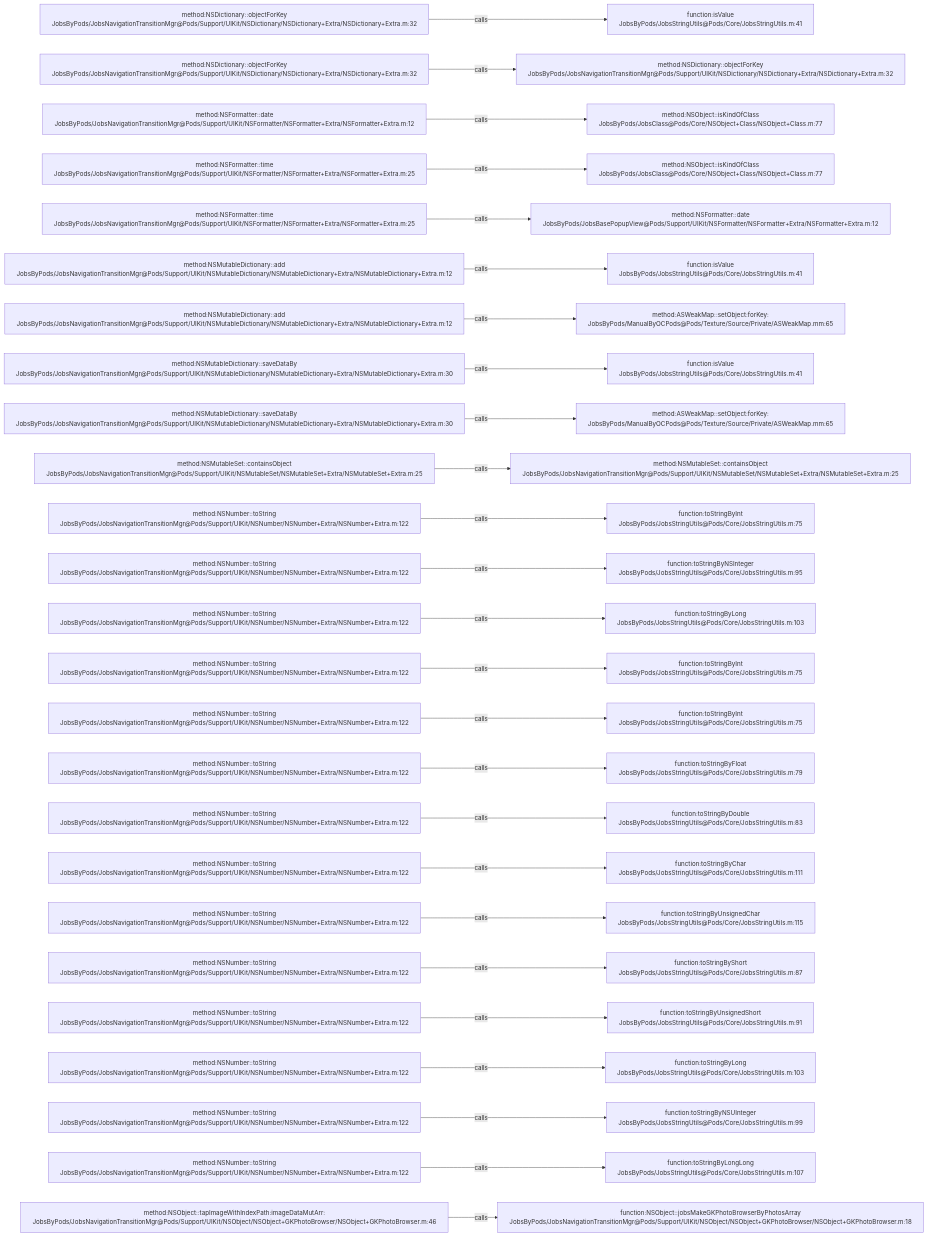
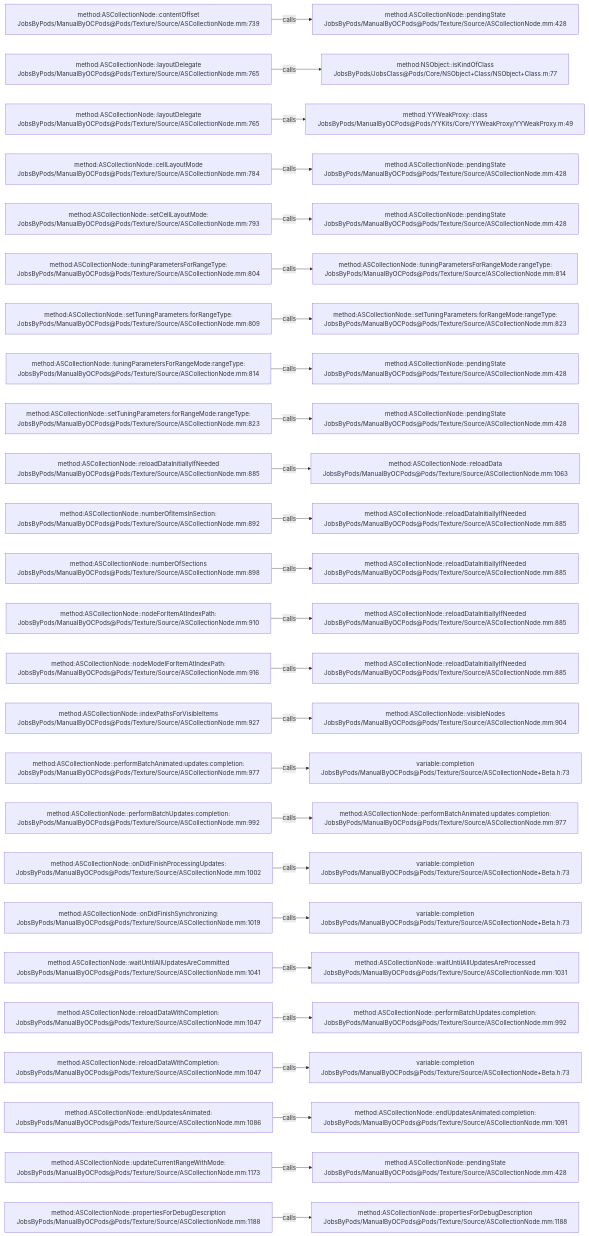
The diagram in .codegraph/codegraph.md/graphs/calls-086.md (JobsKits/JobsOCBaseConfigDemo), drawn with Mermaid before and after one commit. The commit also changed 2162 other files, not shown here.

````diff
--- a/.codegraph/codegraph.md/graphs/calls-086.md
+++ b/.codegraph/codegraph.md/graphs/calls-086.md
@@ -13,78 +13,78 @@
 ```mermaid
 flowchart LR
-  S1["method:NSDictionary::objectForKey<br/>JobsByPods/JobsNavigationTransitionMgr@Pods/Support/UIKit/NSDictionary/NSDictionary+Extra/NSDictionary+Extra.m:32"]
-  T1["function:isValue<br/>JobsByPods/JobsStringUtils@Pods/Core/JobsStringUtils.m:41"]
+  S1["method:ASCollectionNode::contentOffset<br/>JobsByPods/ManualByOCPods@Pods/Texture/Source/ASCollectionNode.mm:739"]
+  T1["method:ASCollectionNode::pendingState<br/>JobsByPods/ManualByOCPods@Pods/Texture/Source/ASCollectionNode.mm:428"]
   S1 -->|calls| T1
-  S2["method:NSDictionary::objectForKey<br/>JobsByPods/JobsNavigationTransitionMgr@Pods/Support/UIKit/NSDictionary/NSDictionary+Extra/NSDictionary+Extra.m:32"]
-  T2["method:NSDictionary::objectForKey<br/>JobsByPods/JobsNavigationTransitionMgr@Pods/Support/UIKit/NSDictionary/NSDictionary+Extra/NSDictionary+Extra.m:32"]
+  S2["method:ASCollectionNode::layoutDelegate<br/>JobsByPods/ManualByOCPods@Pods/Texture/Source/ASCollectionNode.mm:765"]
+  T2["method:NSObject::isKindOfClass<br/>JobsByPods/JobsClass@Pods/Core/NSObject+Class/NSObject+Class.m:77"]
   S2 -->|calls| T2
-  S3["method:NSFormatter::date<br/>JobsByPods/JobsNavigationTransitionMgr@Pods/Support/UIKit/NSFormatter/NSFormatter+Extra/NSFormatter+Extra.m:12"]
-  T3["method:NSObject::isKindOfClass<br/>JobsByPods/JobsClass@Pods/Core/NSObject+Class/NSObject+Class.m:77"]
+  S3["method:ASCollectionNode::layoutDelegate<br/>JobsByPods/ManualByOCPods@Pods/Texture/Source/ASCollectionNode.mm:765"]
+  T3["method:YYWeakProxy::class<br/>JobsByPods/ManualByOCPods@Pods/YYKits/Core/YYWeakProxy/YYWeakProxy.m:49"]
   S3 -->|calls| T3
-  S4["method:NSFormatter::time<br/>JobsByPods/JobsNavigationTransitionMgr@Pods/Support/UIKit/NSFormatter/NSFormatter+Extra/NSFormatter+Extra.m:25"]
-  T4["method:NSObject::isKindOfClass<br/>JobsByPods/JobsClass@Pods/Core/NSObject+Class/NSObject+Class.m:77"]
+  S4["method:ASCollectionNode::cellLayoutMode<br/>JobsByPods/ManualByOCPods@Pods/Texture/Source/ASCollectionNode.mm:784"]
+  T4["method:ASCollectionNode::pendingState<br/>JobsByPods/ManualByOCPods@Pods/Texture/Source/ASCollectionNode.mm:428"]
   S4 -->|calls| T4
-  S5["method:NSFormatter::time<br/>JobsByPods/JobsNavigationTransitionMgr@Pods/Support/UIKit/NSFormatter/NSFormatter+Extra/NSFormatter+Extra.m:25"]
-  T5["method:NSFormatter::date<br/>JobsByPods/JobsBasePopupView@Pods/Support/UIKit/NSFormatter/NSFormatter+Extra/NSFormatter+Extra.m:12"]
+  S5["method:ASCollectionNode::setCellLayoutMode:<br/>JobsByPods/ManualByOCPods@Pods/Texture/Source/ASCollectionNode.mm:793"]
+  T5["method:ASCollectionNode::pendingState<br/>JobsByPods/ManualByOCPods@Pods/Texture/Source/ASCollectionNode.mm:428"]
   S5 -->|calls| T5
-  S6["method:NSMutableDictionary::add<br/>JobsByPods/JobsNavigationTransitionMgr@Pods/Support/UIKit/NSMutableDictionary/NSMutableDictionary+Extra/NSMutableDictionary+Extra.m:12"]
-  T6["function:isValue<br/>JobsByPods/JobsStringUtils@Pods/Core/JobsStringUtils.m:41"]
+  S6["method:ASCollectionNode::tuningParametersForRangeType:<br/>JobsByPods/ManualByOCPods@Pods/Texture/Source/ASCollectionNode.mm:804"]
+  T6["method:ASCollectionNode::tuningParametersForRangeMode:rangeType:<br/>JobsByPods/ManualByOCPods@Pods/Texture/Source/ASCollectionNode.mm:814"]
   S6 -->|calls| T6
-  S7["method:NSMutableDictionary::add<br/>JobsByPods/JobsNavigationTransitionMgr@Pods/Support/UIKit/NSMutableDictionary/NSMutableDictionary+Extra/NSMutableDictionary+Extra.m:12"]
-  T7["method:ASWeakMap::setObject:forKey:<br/>JobsByPods/ManualByOCPods@Pods/Texture/Source/Private/ASWeakMap.mm:65"]
+  S7["method:ASCollectionNode::setTuningParameters:forRangeType:<br/>JobsByPods/ManualByOCPods@Pods/Texture/Source/ASCollectionNode.mm:809"]
+  T7["method:ASCollectionNode::setTuningParameters:forRangeMode:rangeType:<br/>JobsByPods/ManualByOCPods@Pods/Texture/Source/ASCollectionNode.mm:823"]
   S7 -->|calls| T7
-  S8["method:NSMutableDictionary::saveDataBy<br/>JobsByPods/JobsNavigationTransitionMgr@Pods/Support/UIKit/NSMutableDictionary/NSMutableDictionary+Extra/NSMutableDictionary+Extra.m:30"]
-  T8["function:isValue<br/>JobsByPods/JobsStringUtils@Pods/Core/JobsStringUtils.m:41"]
+  S8["method:ASCollectionNode::tuningParametersForRangeMode:rangeType:<br/>JobsByPods/ManualByOCPods@Pods/Texture/Source/ASCollectionNode.mm:814"]
+  T8["method:ASCollectionNode::pendingState<br/>JobsByPods/ManualByOCPods@Pods/Texture/Source/ASCollectionNode.mm:428"]
   S8 -->|calls| T8
-  S9["method:NSMutableDictionary::saveDataBy<br/>JobsByPods/JobsNavigationTransitionMgr@Pods/Support/UIKit/NSMutableDictionary/NSMutableDictionary+Extra/NSMutableDictionary+Extra.m:30"]
-  T9["method:ASWeakMap::setObject:forKey:<br/>JobsByPods/ManualByOCPods@Pods/Texture/Source/Private/ASWeakMap.mm:65"]
+  S9["method:ASCollectionNode::setTuningParameters:forRangeMode:rangeType:<br/>JobsByPods/ManualByOCPods@Pods/Texture/Source/ASCollectionNode.mm:823"]
+  T9["method:ASCollectionNode::pendingState<br/>JobsByPods/ManualByOCPods@Pods/Texture/Source/ASCollectionNode.mm:428"]
   S9 -->|calls| T9
-  S10["method:NSMutableSet::containsObject<br/>JobsByPods/JobsNavigationTransitionMgr@Pods/Support/UIKit/NSMutableSet/NSMutableSet+Extra/NSMutableSet+Extra.m:25"]
-  T10["method:NSMutableSet::containsObject<br/>JobsByPods/JobsNavigationTransitionMgr@Pods/Support/UIKit/NSMutableSet/NSMutableSet+Extra/NSMutableSet+Extra.m:25"]
+  S10["method:ASCollectionNode::reloadDataInitiallyIfNeeded<br/>JobsByPods/ManualByOCPods@Pods/Texture/Source/ASCollectionNode.mm:885"]
+  T10["method:ASCollectionNode::reloadData<br/>JobsByPods/ManualByOCPods@Pods/Texture/Source/ASCollectionNode.mm:1063"]
   S10 -->|calls| T10
-  S11["method:NSNumber::toString<br/>JobsByPods/JobsNavigationTransitionMgr@Pods/Support/UIKit/NSNumber/NSNumber+Extra/NSNumber+Extra.m:122"]
-  T11["function:toStringByInt<br/>JobsByPods/JobsStringUtils@Pods/Core/JobsStringUtils.m:75"]
+  S11["method:ASCollectionNode::numberOfItemsInSection:<br/>JobsByPods/ManualByOCPods@Pods/Texture/Source/ASCollectionNode.mm:892"]
+  T11["method:ASCollectionNode::reloadDataInitiallyIfNeeded<br/>JobsByPods/ManualByOCPods@Pods/Texture/Source/ASCollectionNode.mm:885"]
   S11 -->|calls| T11
-  S12["method:NSNumber::toString<br/>JobsByPods/JobsNavigationTransitionMgr@Pods/Support/UIKit/NSNumber/NSNumber+Extra/NSNumber+Extra.m:122"]
-  T12["function:toStringByNSInteger<br/>JobsByPods/JobsStringUtils@Pods/Core/JobsStringUtils.m:95"]
+  S12["method:ASCollectionNode::numberOfSections<br/>JobsByPods/ManualByOCPods@Pods/Texture/Source/ASCollectionNode.mm:898"]
+  T12["method:ASCollectionNode::reloadDataInitiallyIfNeeded<br/>JobsByPods/ManualByOCPods@Pods/Texture/Source/ASCollectionNode.mm:885"]
   S12 -->|calls| T12
-  S13["method:NSNumber::toString<br/>JobsByPods/JobsNavigationTransitionMgr@Pods/Support/UIKit/NSNumber/NSNumber+Extra/NSNumber+Extra.m:122"]
-  T13["function:toStringByLong<br/>JobsByPods/JobsStringUtils@Pods/Core/JobsStringUtils.m:103"]
+  S13["method:ASCollectionNode::nodeForItemAtIndexPath:<br/>JobsByPods/ManualByOCPods@Pods/Texture/Source/ASCollectionNode.mm:910"]
+  T13["method:ASCollectionNode::reloadDataInitiallyIfNeeded<br/>JobsByPods/ManualByOCPods@Pods/Texture/Source/ASCollectionNode.mm:885"]
   S13 -->|calls| T13
-  S14["method:NSNumber::toString<br/>JobsByPods/JobsNavigationTransitionMgr@Pods/Support/UIKit/NSNumber/NSNumber+Extra/NSNumber+Extra.m:122"]
-  T14["function:toStringByInt<br/>JobsByPods/JobsStringUtils@Pods/Core/JobsStringUtils.m:75"]
+  S14["method:ASCollectionNode::nodeModelForItemAtIndexPath:<br/>JobsByPods/ManualByOCPods@Pods/Texture/Source/ASCollectionNode.mm:916"]
+  T14["method:ASCollectionNode::reloadDataInitiallyIfNeeded<br/>JobsByPods/ManualByOCPods@Pods/Texture/Source/ASCollectionNode.mm:885"]
   S14 -->|calls| T14
-  S15["method:NSNumber::toString<br/>JobsByPods/JobsNavigationTransitionMgr@Pods/Support/UIKit/NSNumber/NSNumber+Extra/NSNumber+Extra.m:122"]
-  T15["function:toStringByInt<br/>JobsByPods/JobsStringUtils@Pods/Core/JobsStringUtils.m:75"]
+  S15["method:ASCollectionNode::indexPathsForVisibleItems<br/>JobsByPods/ManualByOCPods@Pods/Texture/Source/ASCollectionNode.mm:927"]
+  T15["method:ASCollectionNode::visibleNodes<br/>JobsByPods/ManualByOCPods@Pods/Texture/Source/ASCollectionNode.mm:904"]
   S15 -->|calls| T15
-  S16["method:NSNumber::toString<br/>JobsByPods/JobsNavigationTransitionMgr@Pods/Support/UIKit/NSNumber/NSNumber+Extra/NSNumber+Extra.m:122"]
-  T16["function:toStringByFloat<br/>JobsByPods/JobsStringUtils@Pods/Core/JobsStringUtils.m:79"]
+  S16["method:ASCollectionNode::performBatchAnimated:updates:completion:<br/>JobsByPods/ManualByOCPods@Pods/Texture/Source/ASCollectionNode.mm:977"]
+  T16["variable:completion<br/>JobsByPods/ManualByOCPods@Pods/Texture/Source/ASCollectionNode+Beta.h:73"]
   S16 -->|calls| T16
-  S17["method:NSNumber::toString<br/>JobsByPods/JobsNavigationTransitionMgr@Pods/Support/UIKit/NSNumber/NSNumber+Extra/NSNumber+Extra.m:122"]
-  T17["function:toStringByDouble<br/>JobsByPods/JobsStringUtils@Pods/Core/JobsStringUtils.m:83"]
+  S17["method:ASCollectionNode::performBatchUpdates:completion:<br/>JobsByPods/ManualByOCPods@Pods/Texture/Source/ASCollectionNode.mm:992"]
+  T17["method:ASCollectionNode::performBatchAnimated:updates:completion:<br/>JobsByPods/ManualByOCPods@Pods/Texture/Source/ASCollectionNode.mm:977"]
   S17 -->|calls| T17
-  S18["method:NSNumber::toString<br/>JobsByPods/JobsNavigationTransitionMgr@Pods/Support/UIKit/NSNumber/NSNumber+Extra/NSNumber+Extra.m:122"]
-  T18["function:toStringByChar<br/>JobsByPods/JobsStringUtils@Pods/Core/JobsStringUtils.m:111"]
+  S18["method:ASCollectionNode::onDidFinishProcessingUpdates:<br/>JobsByPods/ManualByOCPods@Pods/Texture/Source/ASCollectionNode.mm:1002"]
+  T18["variable:completion<br/>JobsByPods/ManualByOCPods@Pods/Texture/Source/ASCollectionNode+Beta.h:73"]
   S18 -->|calls| T18
-  S19["method:NSNumber::toString<br/>JobsByPods/JobsNavigationTransitionMgr@Pods/Support/UIKit/NSNumber/NSNumber+Extra/NSNumber+Extra.m:122"]
-  T19["function:toStringByUnsignedChar<br/>JobsByPods/JobsStringUtils@Pods/Core/JobsStringUtils.m:115"]
+  S19["method:ASCollectionNode::onDidFinishSynchronizing:<br/>JobsByPods/ManualByOCPods@Pods/Texture/Source/ASCollectionNode.mm:1019"]
+  T19["variable:completion<br/>JobsByPods/ManualByOCPods@Pods/Texture/Source/ASCollectionNode+Beta.h:73"]
   S19 -->|calls| T19
-  S20["method:NSNumber::toString<br/>JobsByPods/JobsNavigationTransitionMgr@Pods/Support/UIKit/NSNumber/NSNumber+Extra/NSNumber+Extra.m:122"]
-  T20["function:toStringByShort<br/>JobsByPods/JobsStringUtils@Pods/Core/JobsStringUtils.m:87"]
+  S20["method:ASCollectionNode::waitUntilAllUpdatesAreCommitted<br/>JobsByPods/ManualByOCPods@Pods/Texture/Source/ASCollectionNode.mm:1041"]
+  T20["method:ASCollectionNode::waitUntilAllUpdatesAreProcessed<br/>JobsByPods/ManualByOCPods@Pods/Texture/Source/ASCollectionNode.mm:1031"]
   S20 -->|calls| T20
-  S21["method:NSNumber::toString<br/>JobsByPods/JobsNavigationTransitionMgr@Pods/Support/UIKit/NSNumber/NSNumber+Extra/NSNumber+Extra.m:122"]
-  T21["function:toStringByUnsignedShort<br/>JobsByPods/JobsStringUtils@Pods/Core/JobsStringUtils.m:91"]
+  S21["method:ASCollectionNode::reloadDataWithCompletion:<br/>JobsByPods/ManualByOCPods@Pods/Texture/Source/ASCollectionNode.mm:1047"]
+  T21["method:ASCollectionNode::performBatchUpdates:completion:<br/>JobsByPods/ManualByOCPods@Pods/Texture/Source/ASCollectionNode.mm:992"]
   S21 -->|calls| T21
-  S22["method:NSNumber::toString<br/>JobsByPods/JobsNavigationTransitionMgr@Pods/Support/UIKit/NSNumber/NSNumber+Extra/NSNumber+Extra.m:122"]
-  T22["function:toStringByLong<br/>JobsByPods/JobsStringUtils@Pods/Core/JobsStringUtils.m:103"]
+  S22["method:ASCollectionNode::reloadDataWithCompletion:<br/>JobsByPods/ManualByOCPods@Pods/Texture/Source/ASCollectionNode.mm:1047"]
+  T22["variable:completion<br/>JobsByPods/ManualByOCPods@Pods/Texture/Source/ASCollectionNode+Beta.h:73"]
   S22 -->|calls| T22
-  S23["method:NSNumber::toString<br/>JobsByPods/JobsNavigationTransitionMgr@Pods/Support/UIKit/NSNumber/NSNumber+Extra/NSNumber+Extra.m:122"]
-  T23["function:toStringByNSUInteger<br/>JobsByPods/JobsStringUtils@Pods/Core/JobsStringUtils.m:99"]
+  S23["method:ASCollectionNode::endUpdatesAnimated:<br/>JobsByPods/ManualByOCPods@Pods/Texture/Source/ASCollectionNode.mm:1086"]
+  T23["method:ASCollectionNode::endUpdatesAnimated:completion:<br/>JobsByPods/ManualByOCPods@Pods/Texture/Source/ASCollectionNode.mm:1091"]
   S23 -->|calls| T23
-  S24["method:NSNumber::toString<br/>JobsByPods/JobsNavigationTransitionMgr@Pods/Support/UIKit/NSNumber/NSNumber+Extra/NSNumber+Extra.m:122"]
-  T24["function:toStringByLongLong<br/>JobsByPods/JobsStringUtils@Pods/Core/JobsStringUtils.m:107"]
+  S24["method:ASCollectionNode::updateCurrentRangeWithMode:<br/>JobsByPods/ManualByOCPods@Pods/Texture/Source/ASCollectionNode.mm:1173"]
+  T24["method:ASCollectionNode::pendingState<br/>JobsByPods/ManualByOCPods@Pods/Texture/Source/ASCollectionNode.mm:428"]
   S24 -->|calls| T24
-  S25["method:NSObject::tapImageWithIndexPath:imageDataMutArr:<br/>JobsByPods/JobsNavigationTransitionMgr@Pods/Support/UIKit/NSObject/NSObject+GKPhotoBrowser/NSObject+GKPhotoBrowser.m:46"]
-  T25["function:NSObject::jobsMakeGKPhotoBrowserByPhotosArray<br/>JobsByPods/JobsNavigationTransitionMgr@Pods/Support/UIKit/NSObject/NSObject+GKPhotoBrowser/NSObject+GKPhotoBrowser.m:18"]
+  S25["method:ASCollectionNode::propertiesForDebugDescription<br/>JobsByPods/ManualByOCPods@Pods/Texture/Source/ASCollectionNode.mm:1188"]
+  T25["method:ASCollectionNode::propertiesForDebugDescription<br/>JobsByPods/ManualByOCPods@Pods/Texture/Source/ASCollectionNode.mm:1188"]
   S25 -->|calls| T25
 ```
````
